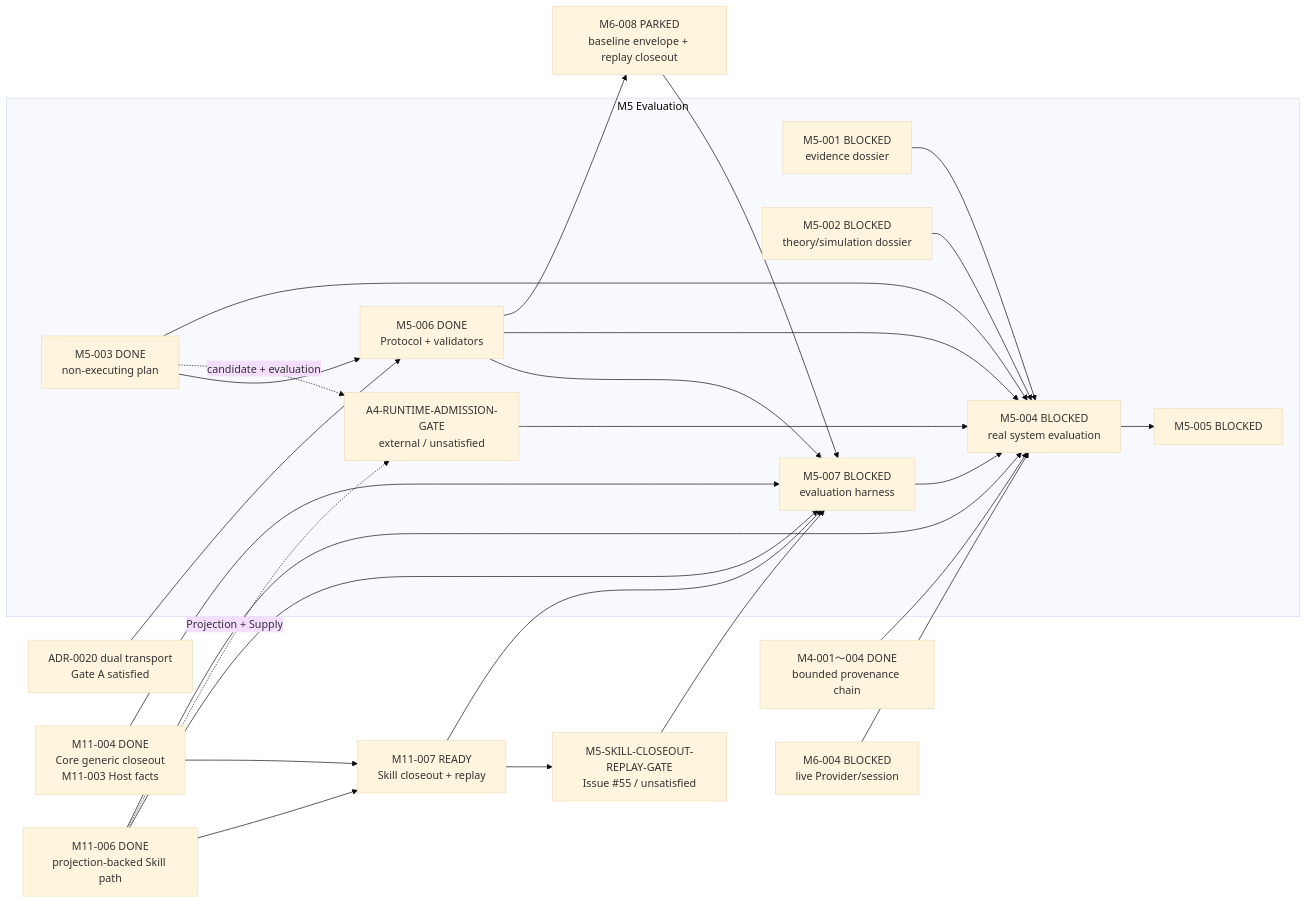
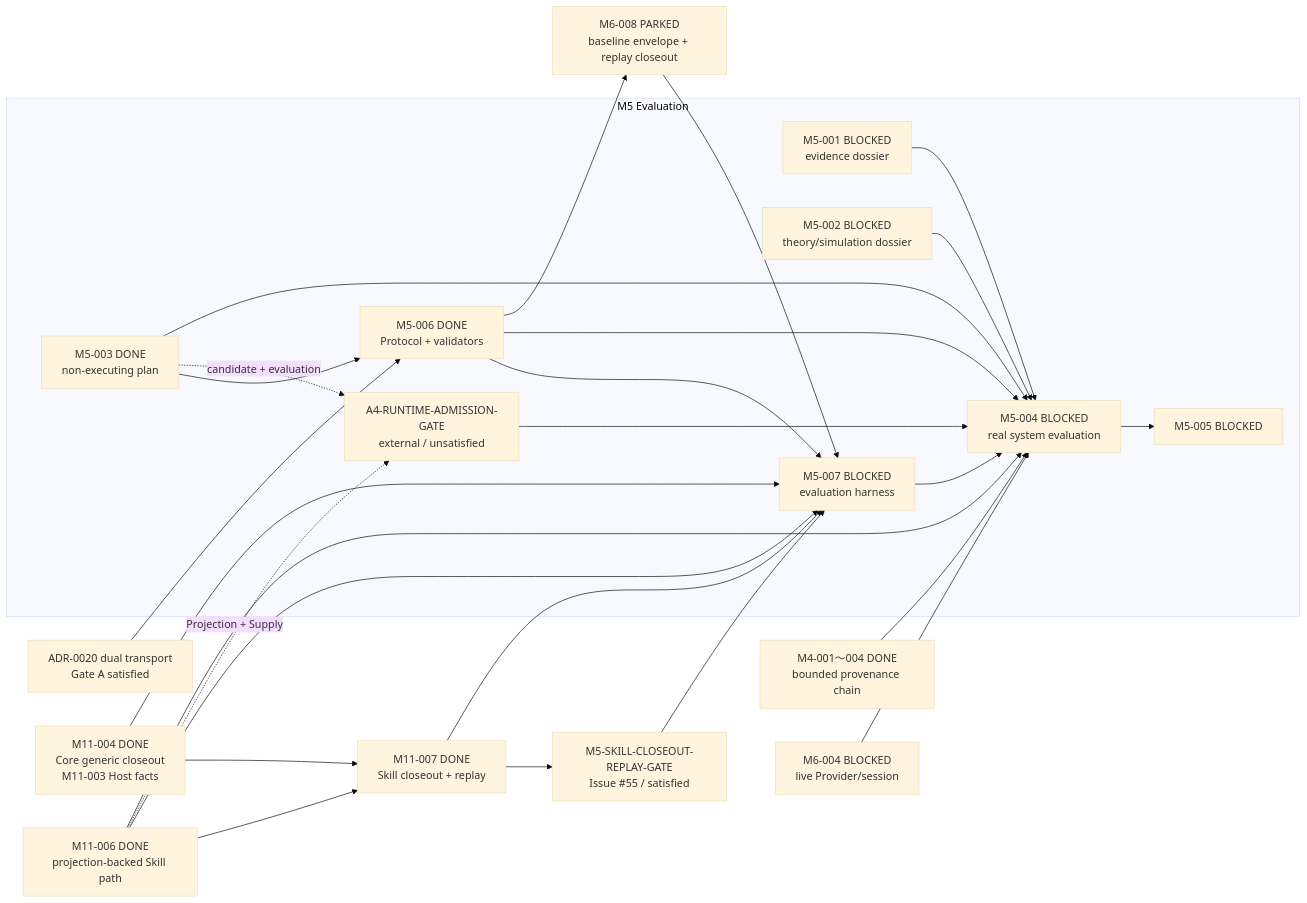
Before and after one commit to Chengyue-Lu/research-agent-workbench: the third of 5 diagrams in docs/M_SERIES_IMPLEMENTATION_MAP.md, drawn with Mermaid (base theme). The commit also changed other lines of this file and 22 other files, not shown here.

Commit message:
docs(M11-007): bind Gate B closeout and prepare M6 baseline handoff

````diff
--- a/docs/M_SERIES_IMPLEMENTATION_MAP.md
+++ b/docs/M_SERIES_IMPLEMENTATION_MAP.md
@@ -99,30 +99,30 @@
 ```mermaid
 flowchart LR
     subgraph M5["M5 Evaluation"]
         M5001["M5-001 BLOCKED<br/>evidence dossier"] --> M5004["M5-004 BLOCKED<br/>real system evaluation"]
         M5002["M5-002 BLOCKED<br/>theory/simulation dossier"] --> M5004
         M5003["M5-003 DONE<br/>non-executing plan"] --> M5006["M5-006 DONE<br/>Protocol + validators"]
         M5006 --> M5007["M5-007 BLOCKED<br/>evaluation harness"]
         M5003 -. "candidate + evaluation" .-> A4G["A4-RUNTIME-ADMISSION-GATE<br/>external / unsatisfied"]
         A4G --> M5004
         M5003 --> M5004
         M5006 --> M5004
         M5007 --> M5004
         M5004 --> M5005["M5-005 BLOCKED"]
     end
 
     M4Done["M4-001～004 DONE<br/>bounded provenance chain"] --> M5004
     BTG["ADR-0020 dual transport<br/>Gate A satisfied"] --> M5006
     M5006 --> M6008["M6-008 PARKED<br/>baseline envelope + replay closeout"]
     M6008 --> M5007
     M1104["M11-004 DONE<br/>Core generic closeout<br/>M11-003 Host facts"] --> M5007
     M1106["M11-006 DONE<br/>projection-backed Skill path"] --> M5007
-    M1104 --> M1107["M11-007 READY<br/>Skill closeout + replay"]
+    M1104 --> M1107["M11-007 DONE<br/>Skill closeout + replay"]
     M1106 --> M1107
     M1107 --> M5007
     M1107 --> SCG
-    SCG["M5-SKILL-CLOSEOUT-REPLAY-GATE<br/>Issue #55 / unsatisfied"] --> M5007
+    SCG["M5-SKILL-CLOSEOUT-REPLAY-GATE<br/>Issue #55 / satisfied"] --> M5007
     M1106 -. "Projection + Supply" .-> A4G
     M1106 --> M5004
     M6004["M6-004 BLOCKED<br/>live Provider/session"] --> M5004
 ```
````
